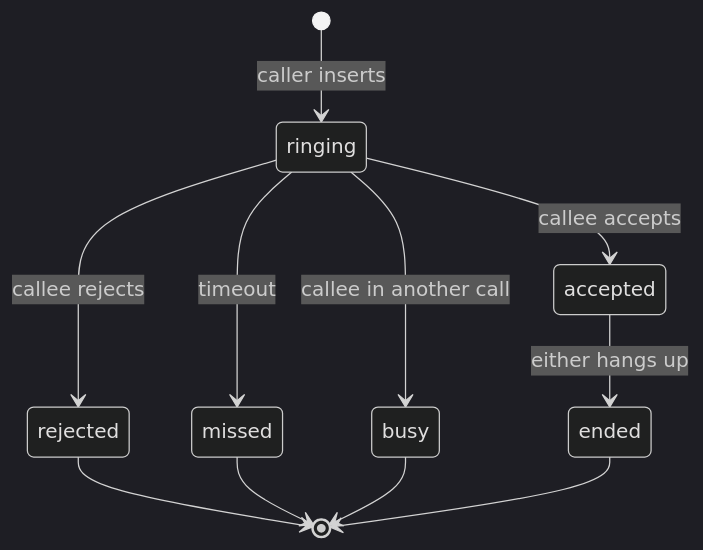
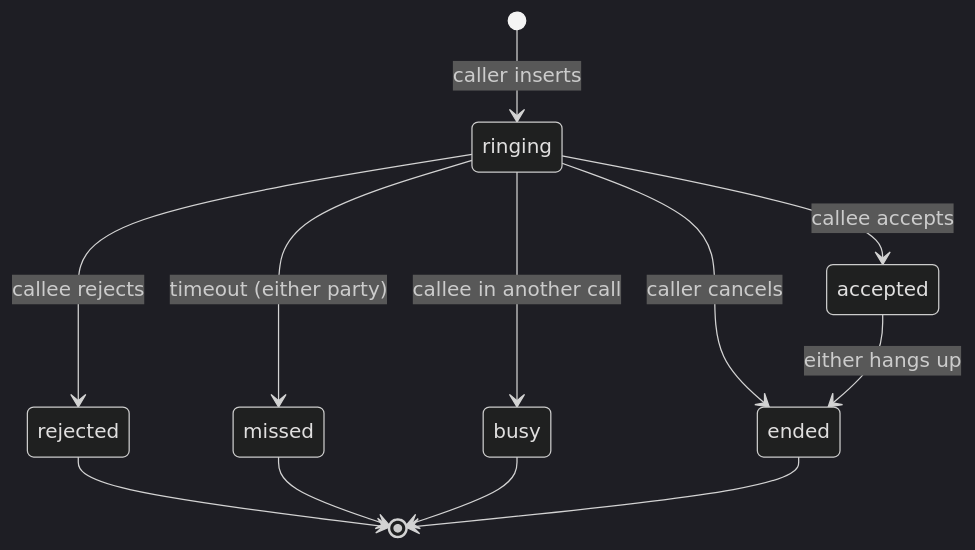
One commit to mustafafoisol/CallingApp changed the diagram in architecture/plans/feature-call/tasks/02-core-types-state-machine.md. Above: the diagram before and after it, drawn with Mermaid (dark theme). The commit also changed other lines of this file and 6 other files, not shown here.

````diff
--- a/architecture/plans/feature-call/tasks/02-core-types-state-machine.md
+++ b/architecture/plans/feature-call/tasks/02-core-types-state-machine.md
@@ -21,13 +21,14 @@
 ```mermaid
 stateDiagram-v2
   [*] --> ringing: caller inserts
   ringing --> accepted: callee accepts
   ringing --> rejected: callee rejects
-  ringing --> missed: timeout
+  ringing --> missed: timeout (either party)
   ringing --> busy: callee in another call
+  ringing --> ended: caller cancels
   accepted --> ended: either hangs up
   rejected --> [*]
   missed --> [*]
   busy --> [*]
   ended --> [*]
 ```
````
